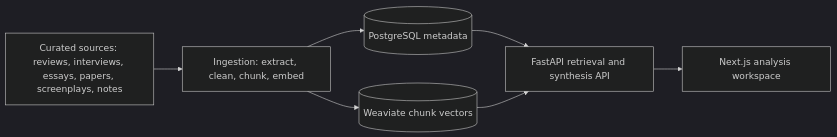
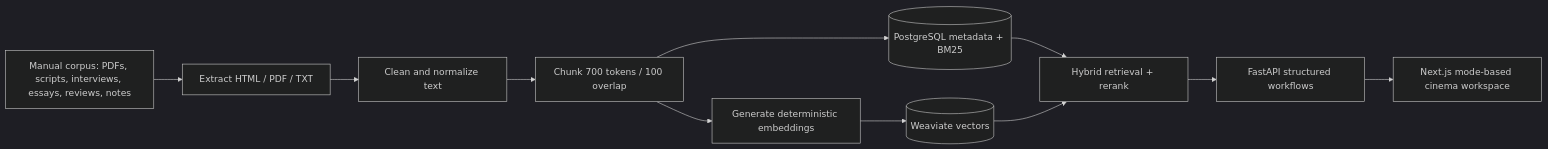
The diagram in README.md (tprasad02/motif), drawn with Mermaid (dark theme) before and after one commit. The commit also changed other lines of this file and 313 other files, not shown here.

````diff
--- a/README.md
+++ b/README.md
@@ -167,16 +201,20 @@
 ```mermaid
 flowchart LR
-    Sources["Curated sources: reviews, interviews, essays, papers, screenplays, notes"]
-    Ingestion["Ingestion: extract, clean, chunk, embed"]
-    Postgres[("PostgreSQL metadata")]
-    Weaviate[("Weaviate chunk vectors")]
-    API["FastAPI retrieval and synthesis API"]
-    UI["Next.js analysis workspace"]
+    Sources["Manual corpus: PDFs, scripts, interviews, essays, reviews, notes"]
+    Extract["Extract HTML / PDF / TXT"]
+    Clean["Clean and normalize text"]
+    Chunk["Chunk 700 tokens / 100 overlap"]
+    Embed["Generate deterministic embeddings"]
+    Postgres[("PostgreSQL metadata + BM25")]
+    Weaviate[("Weaviate vectors")]
+    Retrieve["Hybrid retrieval + rerank"]
+    API["FastAPI structured workflows"]
+    UI["Next.js mode-based cinema workspace"]
 
-    Sources --> Ingestion
-    Ingestion --> Postgres
-    Ingestion --> Weaviate
-    Postgres --> API
-    Weaviate --> API
-    API --> UI
+    Sources --> Extract --> Clean --> Chunk --> Embed
+    Chunk --> Postgres
+    Embed --> Weaviate
+    Postgres --> Retrieve
+    Weaviate --> Retrieve
+    Retrieve --> API --> UI
 ```
````
